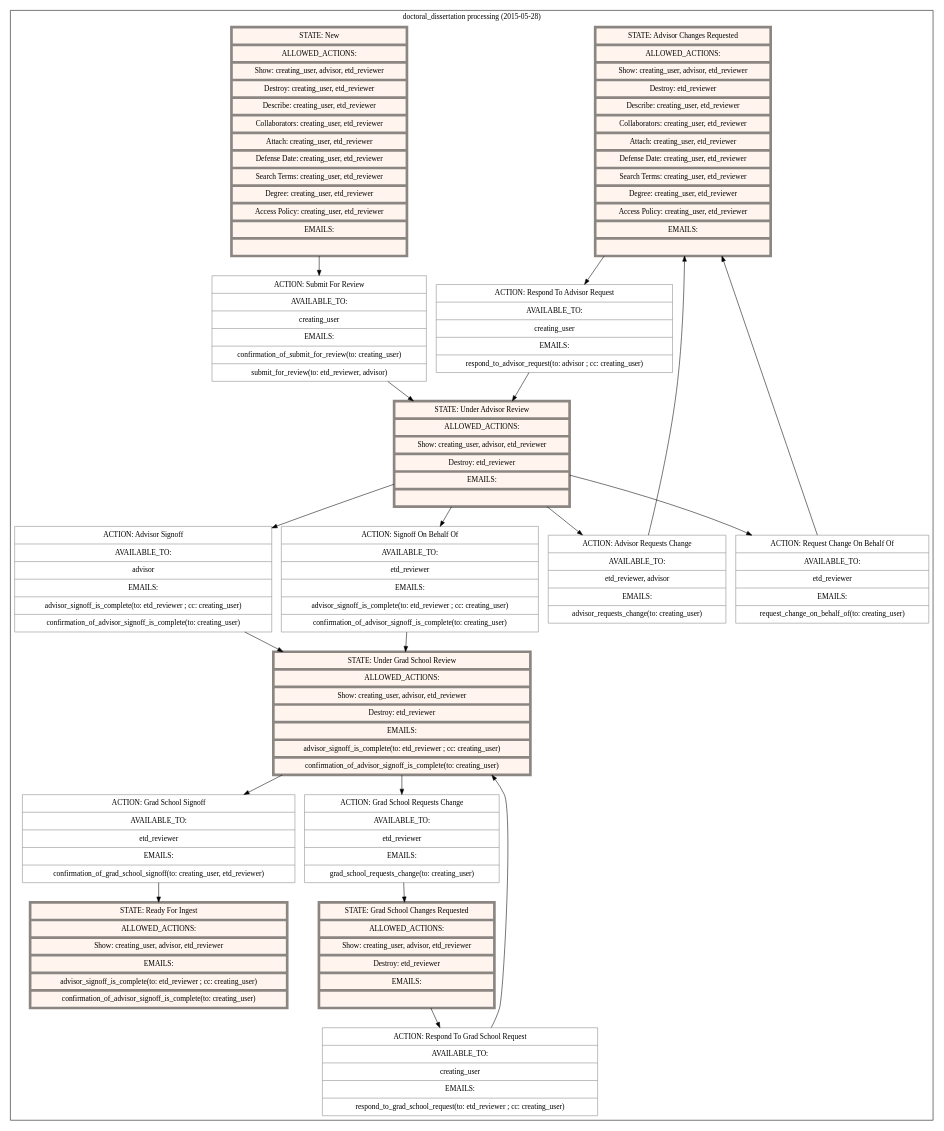
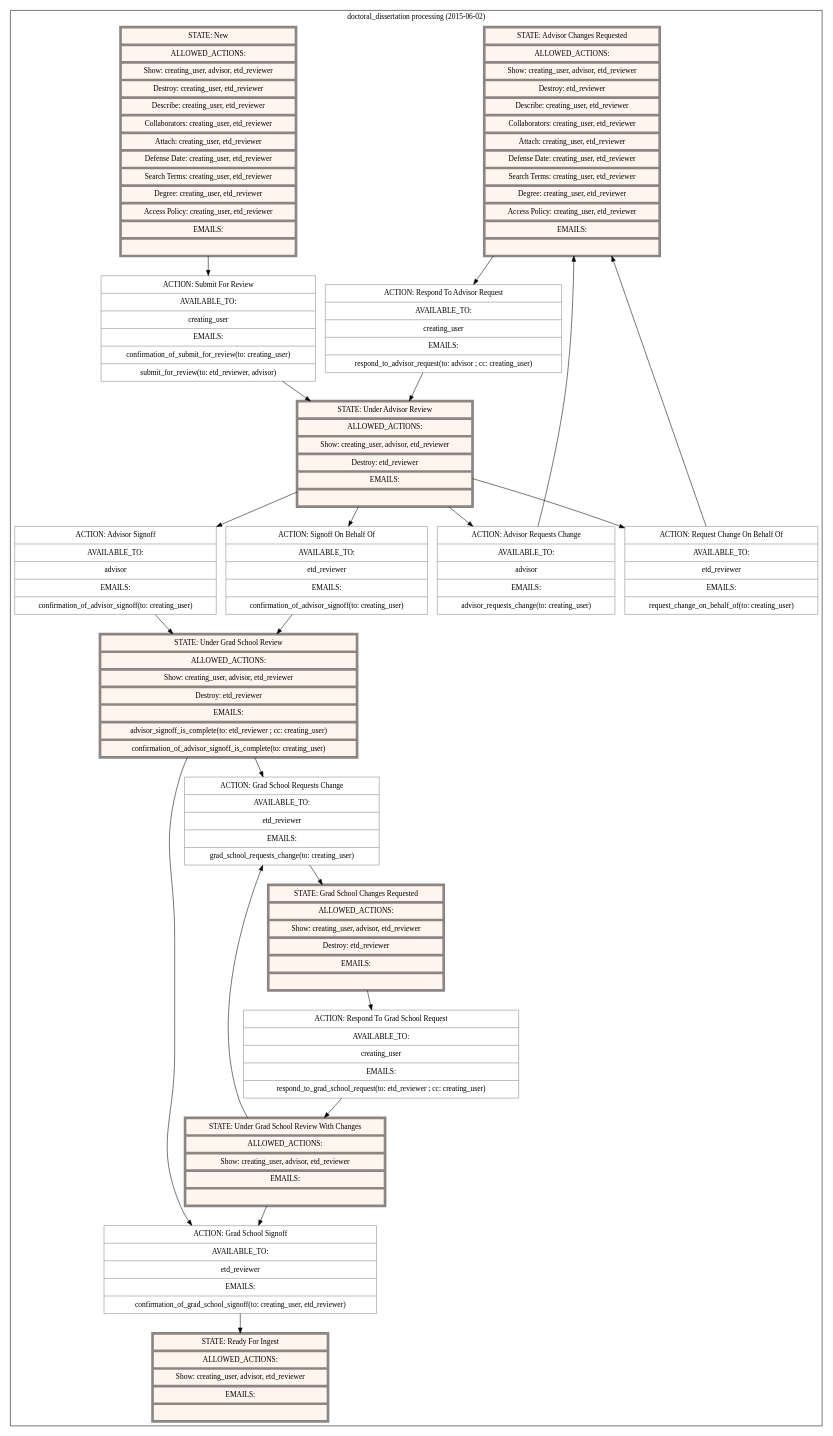
Before and after one commit to scholarworks/sipity: the diagram in artifacts/state_machines/doctoral-dissertation-processing.dot, drawn with Graphviz. The commit also changed 5 other files, not shown here.

First line of the commit message:
Updating state diagrams

```diff
--- a/artifacts/state_machines/doctoral-dissertation-processing.dot
+++ b/artifacts/state_machines/doctoral-dissertation-processing.dot
@@ -1,49 +1,52 @@
 digraph "G" {
   compound=true;
   node[color="grey15" margin="0.15, 0.125"];
   subgraph cluster_0 {
-    label="doctoral_dissertation processing (2015-05-28)"
+    label="doctoral_dissertation processing (2015-06-02)"
     node[style=filled fillcolor=white color="seashell4"]
     subgraph 0 {
       label="States";
       node[shape="record" fillcolor="seashell1" penwidth=5]
       state_advisor_changes_requested [label="{ STATE: Advisor Changes Requested | ALLOWED_ACTIONS: | Show: creating_user, advisor, etd_reviewer | Destroy: etd_reviewer | Describe: creating_user, etd_reviewer | Collaborators: creating_user, etd_reviewer | Attach: creating_user, etd_reviewer | Defense Date: creating_user, etd_reviewer | Search Terms: creating_user, etd_reviewer | Degree: creating_user, etd_reviewer | Access Policy: creating_user, etd_reviewer | EMAILS: |  }"]
       state_grad_school_changes_requested [label="{ STATE: Grad School Changes Requested | ALLOWED_ACTIONS: | Show: creating_user, advisor, etd_reviewer | Destroy: etd_reviewer | EMAILS: |  }"]
       state_new [label="{ STATE: New | ALLOWED_ACTIONS: | Show: creating_user, advisor, etd_reviewer | Destroy: creating_user, etd_reviewer | Describe: creating_user, etd_reviewer | Collaborators: creating_user, etd_reviewer | Attach: creating_user, etd_reviewer | Defense Date: creating_user, etd_reviewer | Search Terms: creating_user, etd_reviewer | Degree: creating_user, etd_reviewer | Access Policy: creating_user, etd_reviewer | EMAILS: |  }"]
-      state_ready_for_ingest [label="{ STATE: Ready For Ingest | ALLOWED_ACTIONS: | Show: creating_user, advisor, etd_reviewer | EMAILS: | advisor_signoff_is_complete(to: etd_reviewer ; cc: creating_user) | confirmation_of_advisor_signoff_is_complete(to: creating_user) }"]
+      state_ready_for_ingest [label="{ STATE: Ready For Ingest | ALLOWED_ACTIONS: | Show: creating_user, advisor, etd_reviewer | EMAILS: |  }"]
       state_under_advisor_review [label="{ STATE: Under Advisor Review | ALLOWED_ACTIONS: | Show: creating_user, advisor, etd_reviewer | Destroy: etd_reviewer | EMAILS: |  }"]
       state_under_grad_school_review [label="{ STATE: Under Grad School Review | ALLOWED_ACTIONS: | Show: creating_user, advisor, etd_reviewer | Destroy: etd_reviewer | EMAILS: | advisor_signoff_is_complete(to: etd_reviewer ; cc: creating_user) | confirmation_of_advisor_signoff_is_complete(to: creating_user) }"]
+      state_under_grad_school_review_with_changes [label="{ STATE: Under Grad School Review With Changes | ALLOWED_ACTIONS: | Show: creating_user, advisor, etd_reviewer | EMAILS: |  }"]
     }
     subgraph 1 {
       label="Actions"
       node[shape="record" shape=record penwidth=1]
         action_submit_for_review [label="{ ACTION: Submit For Review | AVAILABLE_TO: | creating_user | EMAILS: | confirmation_of_submit_for_review(to: creating_user) | submit_for_review(to: etd_reviewer, advisor) }"]
-        action_advisor_signoff [label="{ ACTION: Advisor Signoff | AVAILABLE_TO: | advisor | EMAILS: | advisor_signoff_is_complete(to: etd_reviewer ; cc: creating_user) | confirmation_of_advisor_signoff_is_complete(to: creating_user) }"]
-        action_signoff_on_behalf_of [label="{ ACTION: Signoff On Behalf Of | AVAILABLE_TO: | etd_reviewer | EMAILS: | advisor_signoff_is_complete(to: etd_reviewer ; cc: creating_user) | confirmation_of_advisor_signoff_is_complete(to: creating_user) }"]
+        action_advisor_signoff [label="{ ACTION: Advisor Signoff | AVAILABLE_TO: | advisor | EMAILS: | confirmation_of_advisor_signoff(to: creating_user) }"]
+        action_signoff_on_behalf_of [label="{ ACTION: Signoff On Behalf Of | AVAILABLE_TO: | etd_reviewer | EMAILS: | confirmation_of_advisor_signoff(to: creating_user) }"]
         action_respond_to_advisor_request [label="{ ACTION: Respond To Advisor Request | AVAILABLE_TO: | creating_user | EMAILS: | respond_to_advisor_request(to: advisor ; cc: creating_user) }"]
         action_respond_to_grad_school_request [label="{ ACTION: Respond To Grad School Request | AVAILABLE_TO: | creating_user | EMAILS: | respond_to_grad_school_request(to: etd_reviewer ; cc: creating_user) }"]
         action_grad_school_signoff [label="{ ACTION: Grad School Signoff | AVAILABLE_TO: | etd_reviewer | EMAILS: | confirmation_of_grad_school_signoff(to: creating_user, etd_reviewer) }"]
-        action_advisor_requests_change [label="{ ACTION: Advisor Requests Change | AVAILABLE_TO: | etd_reviewer, advisor | EMAILS: | advisor_requests_change(to: creating_user) }"]
+        action_advisor_requests_change [label="{ ACTION: Advisor Requests Change | AVAILABLE_TO: | advisor | EMAILS: | advisor_requests_change(to: creating_user) }"]
         action_grad_school_requests_change [label="{ ACTION: Grad School Requests Change | AVAILABLE_TO: | etd_reviewer | EMAILS: | grad_school_requests_change(to: creating_user) }"]
         action_request_change_on_behalf_of [label="{ ACTION: Request Change On Behalf Of | AVAILABLE_TO: | etd_reviewer | EMAILS: | request_change_on_behalf_of(to: creating_user) }"]
     }
       state_advisor_changes_requested -> action_respond_to_advisor_request
       action_respond_to_advisor_request -> state_under_advisor_review
       state_grad_school_changes_requested -> action_respond_to_grad_school_request
-      action_respond_to_grad_school_request -> state_under_grad_school_review
+      action_respond_to_grad_school_request -> state_under_grad_school_review_with_changes
       state_new -> action_submit_for_review
       action_submit_for_review -> state_under_advisor_review
       state_under_advisor_review -> action_advisor_signoff
       action_advisor_signoff -> state_under_grad_school_review
       state_under_advisor_review -> action_signoff_on_behalf_of
       action_signoff_on_behalf_of -> state_under_grad_school_review
       state_under_advisor_review -> action_advisor_requests_change
       action_advisor_requests_change -> state_advisor_changes_requested
       state_under_advisor_review -> action_request_change_on_behalf_of
       action_request_change_on_behalf_of -> state_advisor_changes_requested
       state_under_grad_school_review -> action_grad_school_requests_change
       action_grad_school_requests_change -> state_grad_school_changes_requested
       state_under_grad_school_review -> action_grad_school_signoff
       action_grad_school_signoff -> state_ready_for_ingest
+      state_under_grad_school_review_with_changes -> action_grad_school_requests_change
+      state_under_grad_school_review_with_changes -> action_grad_school_signoff
   }
 }
```
